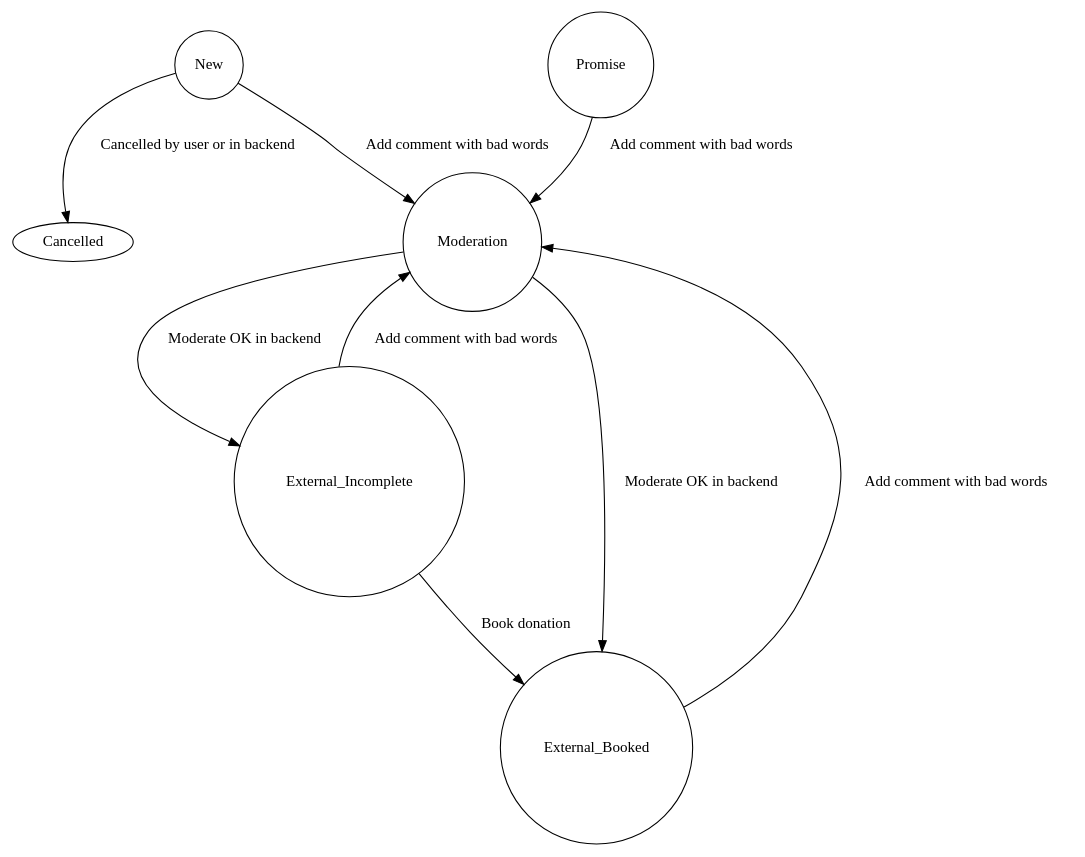
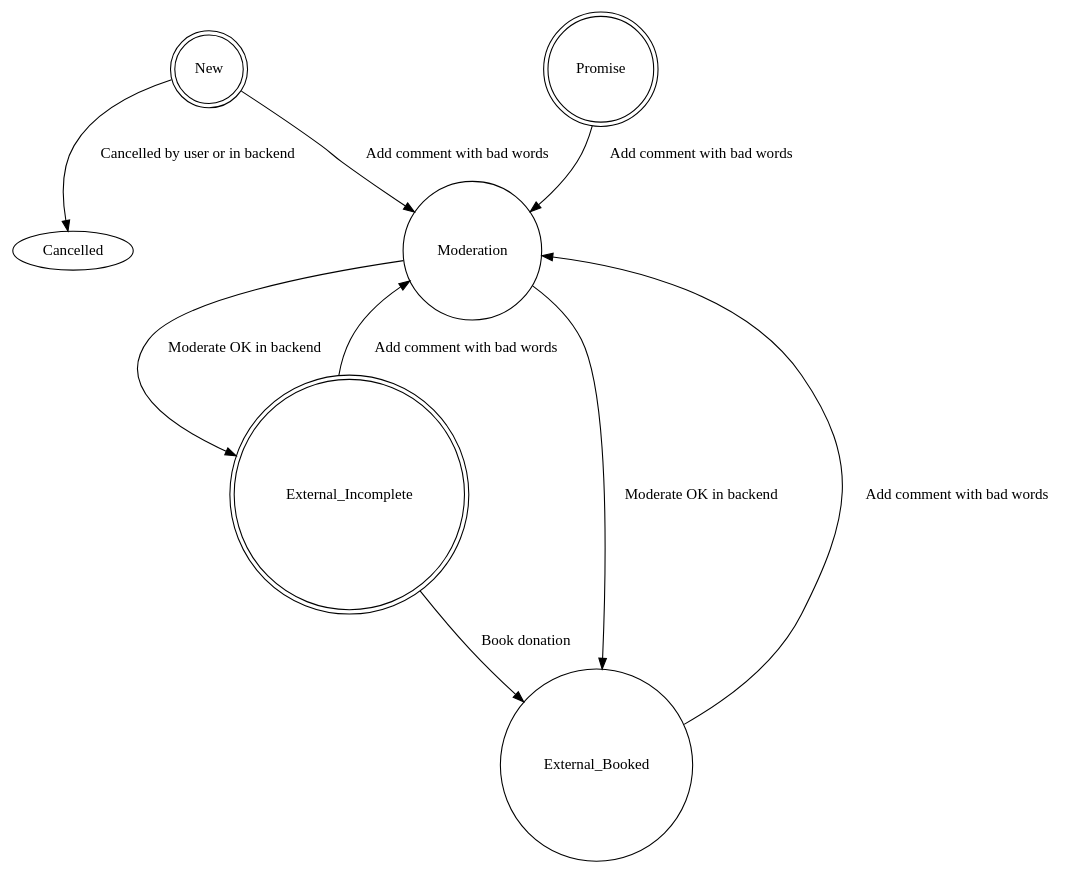
Before and after one commit to wmde/fundraising-application: the diagram in doc/donation_state.dot, drawn with Graphviz.

Commit message:
Mark initial states

```diff
--- a/doc/donation_state.dot
+++ b/doc/donation_state.dot
@@ -1,15 +1,15 @@
 digraph G {
   "New" -> "Moderation" [label="Add comment with bad words"]
   "New" -> "Cancelled" [label="Cancelled by user or in backend"]
   "Promise" -> "Moderation" [label="Add comment with bad words"]
   "External_Incomplete"  -> "Moderation" [label="Add comment with bad words"]
   "External_Incomplete"  -> "External_Booked" [label="Book donation"]
   "Moderation" ->  "External_Incomplete" [label="Moderate OK in backend"]
   "Moderation" ->  "External_Booked" [label="Moderate OK in backend"]
   "External_Booked" -> "Moderation" [label="Add comment with bad words"]
-  "New" [shape=circle]
-  "Promise"  [shape=circle]
-  "External_Incomplete" [shape=circle]
+  "New" [shape=circle,peripheries=2]
+  "Promise"  [shape=circle,peripheries=2]
+  "External_Incomplete" [shape=circle,peripheries=2]
   "External_Booked"  [shape=circle]
   "Moderation" [shape=circle]
 }
```
